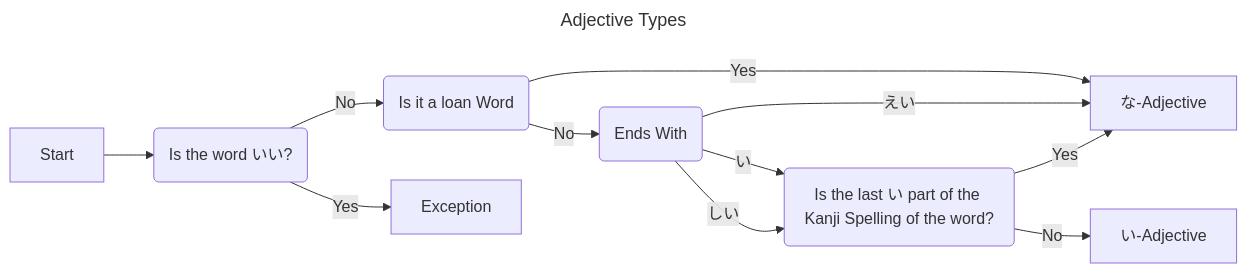
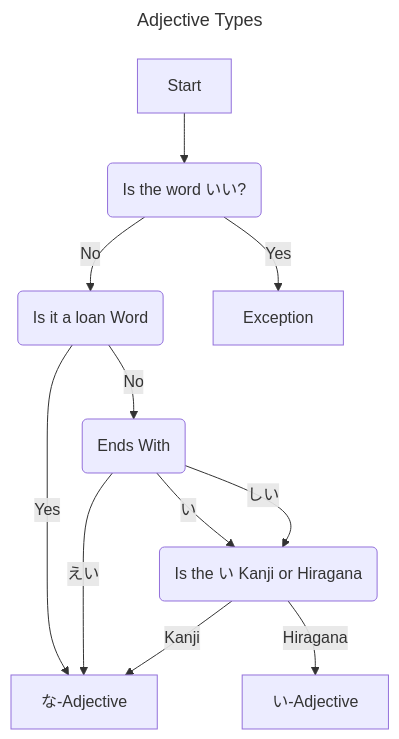
Before and after one commit to NathanKewley/Japanese: the diagram in Grammar/い-Adjectives-And-な-Adjectives.md, drawn with Mermaid.

Commit message:
attempt at a diagram

````diff
--- a/Grammar/い-Adjectives-And-な-Adjectives.md
+++ b/Grammar/い-Adjectives-And-な-Adjectives.md
@@ -55,24 +55,24 @@
 ```mermaid
 ---
 title: Adjective Types
 ---
-flowchart LR;
+flowchart TD;
     Start[Start] --> Except(Is the word いい?)
     IsIt(Is it a loan Word)
     NotLoan(Ends With)
-    KanjiEnds(Is the last い part of the Kanji Spelling of the word?)
+    KanjiEnds(Is the い Kanji or Hiragana)
 
     い-Adjective[い-Adjective]
     な-Adjective[な-Adjective]
     Exception[Exception]
 
     Except -->|Yes| Exception
     Except -->|No| IsIt
     IsIt -->|Yes| な-Adjective
     IsIt -->|No| NotLoan
     NotLoan -->|えい| な-Adjective
     NotLoan -->|い| KanjiEnds
     NotLoan -->|しい| KanjiEnds
-    KanjiEnds -->|Yes| な-Adjective
-    KanjiEnds -->|No| い-Adjective
+    KanjiEnds -->|Kanji| な-Adjective
+    KanjiEnds -->|Hiragana| い-Adjective
 ```
````
